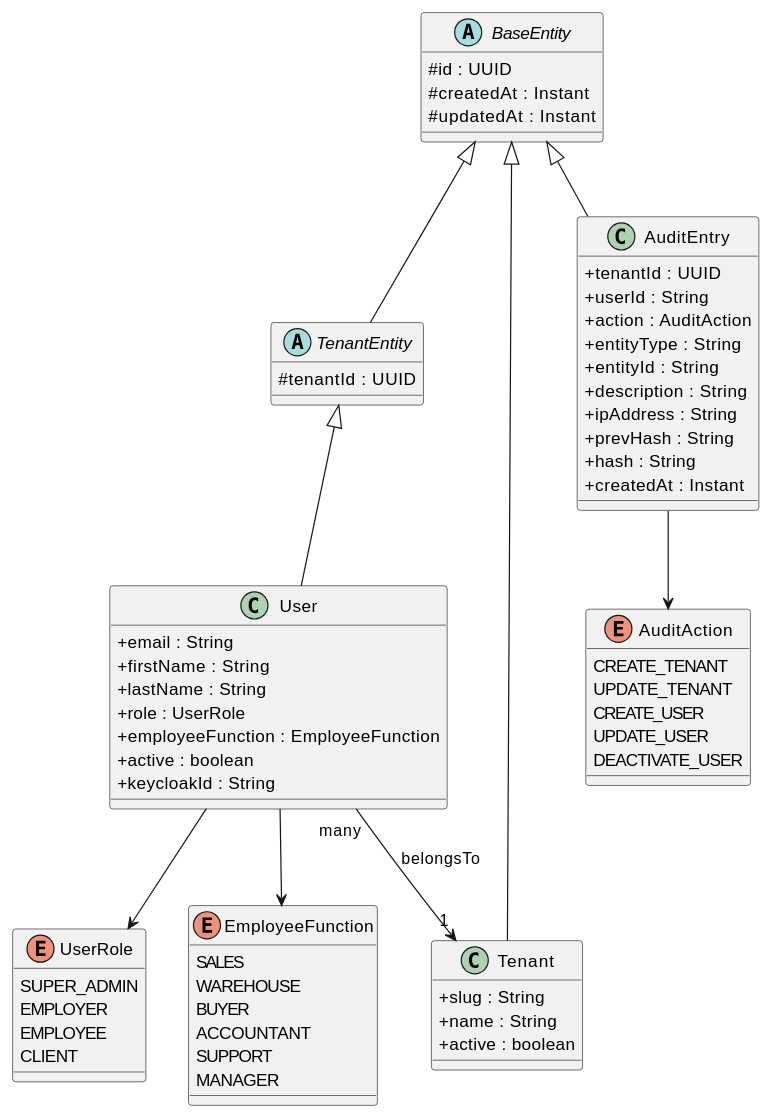
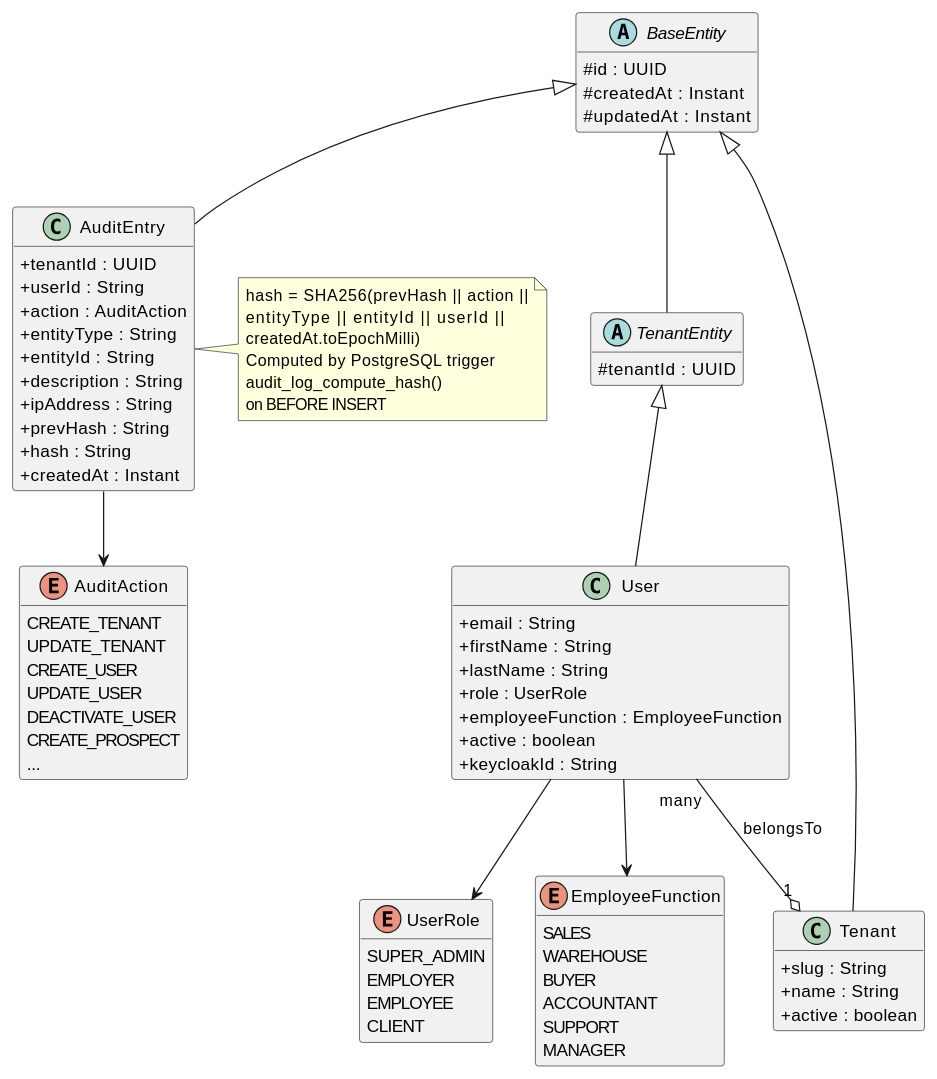
The fourth of 19 diagrams in docs/PFA_REPORT.md (MohamedTrikii/PFA_CRM_ERP_Platform), drawn with PlantUML before and after one commit. The commit also changed other lines of this file and 150 other files, not shown here.

````diff
--- a/docs/PFA_REPORT.md
+++ b/docs/PFA_REPORT.md
@@ -513,6 +340,7 @@
 ```plantuml
-@startuml ClassDiagram_R1
+@startuml CD_Release1
 skinparam classAttributeIconSize 0
+hide empty methods
 
 abstract class BaseEntity {
   # id : UUID
@@ -579,11 +407,23 @@
   CREATE_USER
   UPDATE_USER
   DEACTIVATE_USER
+  CREATE_PROSPECT
+  ...
 }
 
+User "many" --o "1" Tenant : belongsTo
 User --> UserRole
 User --> EmployeeFunction
-User "many" --> "1" Tenant : belongsTo
 AuditEntry --> AuditAction
+
+note right of AuditEntry
+  hash = SHA256(prevHash || action ||
+  entityType || entityId || userId ||
+  createdAt.toEpochMilli)
+  Computed by PostgreSQL trigger
+  audit_log_compute_hash()
+  on BEFORE INSERT
+end note
+
 @enduml
 ```
````
